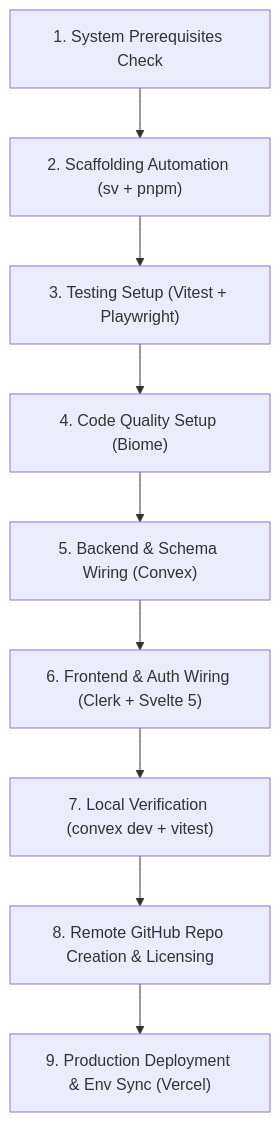
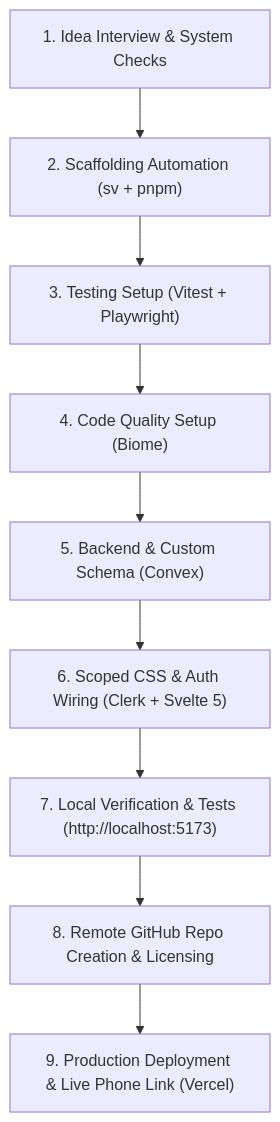
One commit to brychanrobot/overskill changed the diagram in skills/sveltekit-convex-clerk/SKILL.md. Above: the diagram before and after it, drawn with Mermaid. The commit also changed other lines of this file and 4 other files, not shown here.

First line of the commit message:
feat: add non-SWE friendly workflows and zero-dependency scoped CSS design system

````diff
--- a/skills/sveltekit-convex-clerk/SKILL.md
+++ b/skills/sveltekit-convex-clerk/SKILL.md
@@ -38,11 +57,11 @@
 ```mermaid
 flowchart TD
-    S1["1. System Prerequisites Check"] --> S2["2. Scaffolding Automation (sv + pnpm)"]
+    S1["1. Idea Interview & System Checks"] --> S2["2. Scaffolding Automation (sv + pnpm)"]
     S2 --> S3["3. Testing Setup (Vitest + Playwright)"]
     S3 --> S4["4. Code Quality Setup (Biome)"]
-    S4 --> S5["5. Backend & Schema Wiring (Convex)"]
-    S5 --> S6["6. Frontend & Auth Wiring (Clerk + Svelte 5)"]
-    S6 --> S7["7. Local Verification (convex dev + vitest)"]
+    S4 --> S5["5. Backend & Custom Schema (Convex)"]
+    S5 --> S6["6. Scoped CSS & Auth Wiring (Clerk + Svelte 5)"]
+    S6 --> S7["7. Local Verification & Tests (http://localhost:5173)"]
     S7 --> S8["8. Remote GitHub Repo Creation & Licensing"]
-    S8 --> S9["9. Production Deployment & Env Sync (Vercel)"]
+    S8 --> S9["9. Production Deployment & Live Phone Link (Vercel)"]
 ```
````
